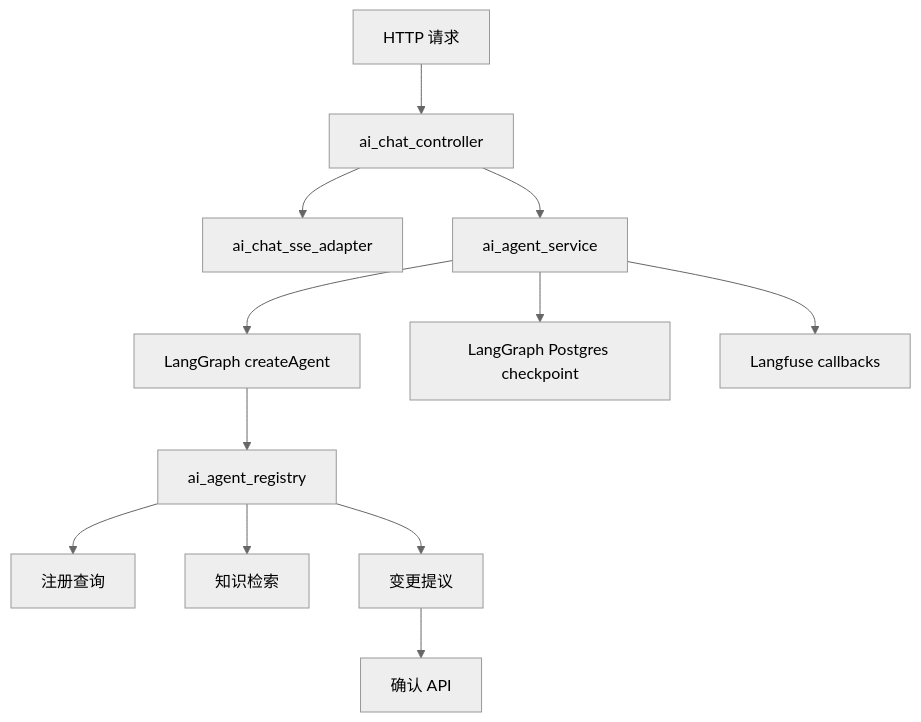
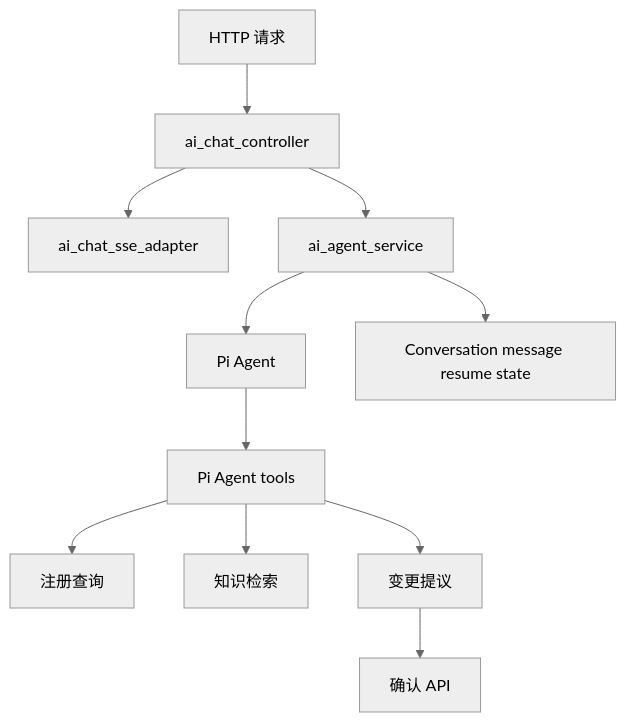
The diagram in docs/ai-assistant-architecture.md (OSpoon/api-starter-kit), drawn with Mermaid (neutral theme) before and after one commit. The commit also changed other lines of this file and 39 other files, not shown here.

Commit message:
Refactor application architecture and user flows

````diff
--- a/docs/ai-assistant-architecture.md
+++ b/docs/ai-assistant-architecture.md
@@ -7,14 +7,13 @@
 ```mermaid
 flowchart TB
   A["HTTP 请求"] --> B["ai_chat_controller"]
   B --> C["ai_chat_sse_adapter"]
   B --> D["ai_agent_service"]
-  D --> E["LangGraph createAgent"]
-  E --> F["ai_agent_registry"]
+  D --> E["Pi Agent"]
+  E --> F["Pi Agent tools"]
   F --> G["注册查询"]
   F --> H["知识检索"]
   F --> I["变更提议"]
   I --> J["确认 API"]
-  D --> K["LangGraph Postgres checkpoint"]
-  D --> L["Langfuse callbacks"]
+  D --> K["Conversation message resume state"]
 ```
````
